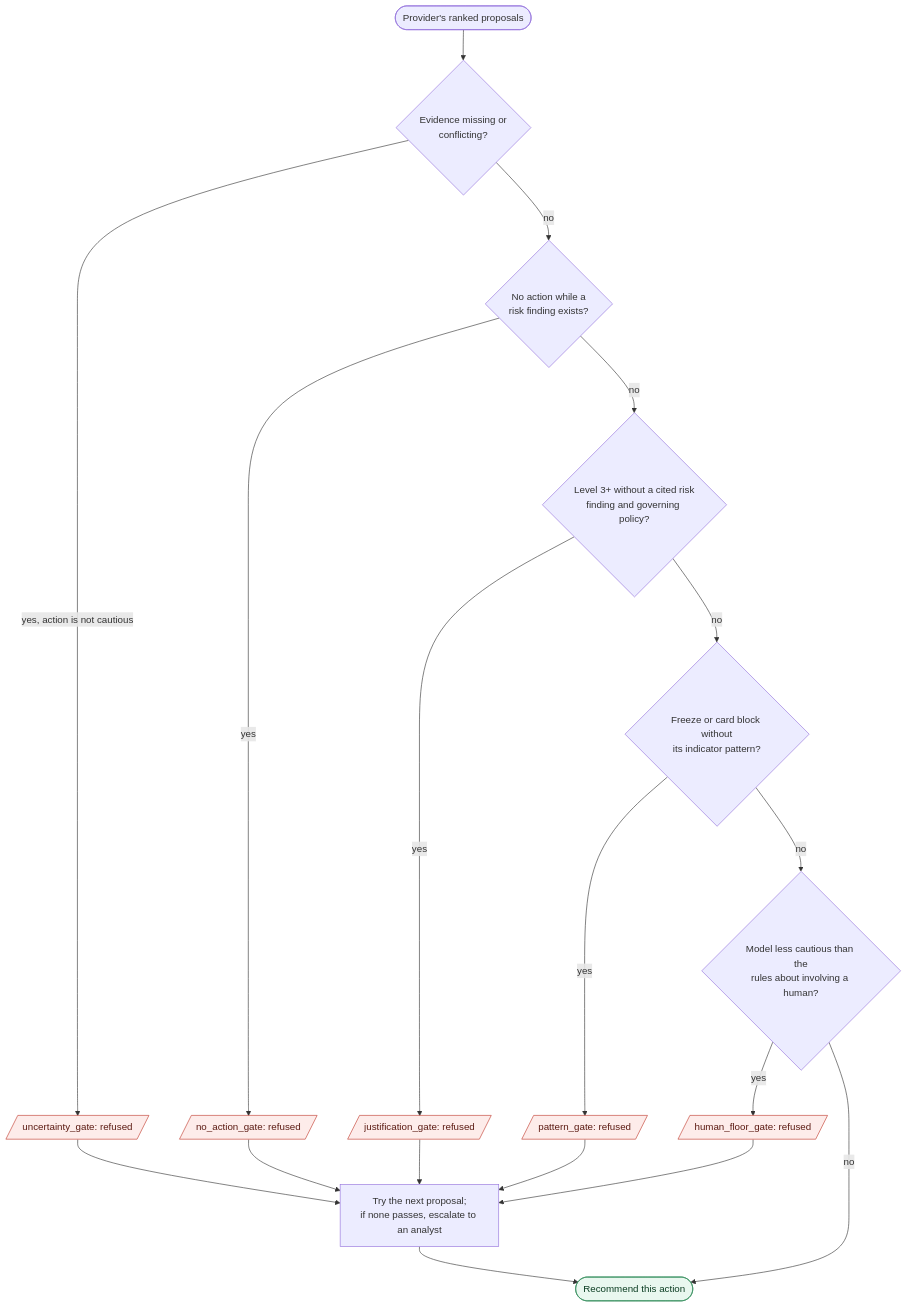
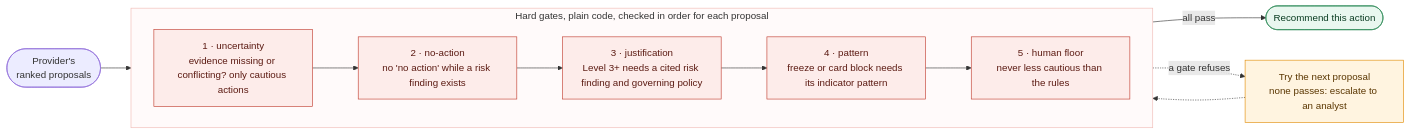
One commit to mk-2007/Agentic-Banking changed the fifth of 6 diagrams in README.md. Above: the diagram before and after it, drawn with Mermaid. The commit also changed other lines of this file, not shown here.

Commit message:
docs(readme): clearer architecture, state and gate diagrams; decision providers section (#46)

````diff
--- a/README.md
+++ b/README.md
@@ -256,25 +276,22 @@
 ```mermaid
-flowchart TB
-    P([Provider's ranked proposals]) --> U{Evidence missing or<br/>conflicting?}
-    U -->|yes, action is not cautious| X1[/uncertainty_gate: refused/]
-    U -->|no| N{No action while a<br/>risk finding exists?}
-    N -->|yes| X2[/no_action_gate: refused/]
-    N -->|no| J{Level 3+ without a cited risk<br/>finding and governing policy?}
-    J -->|yes| X3[/justification_gate: refused/]
-    J -->|no| T{Freeze or card block without<br/>its indicator pattern?}
-    T -->|yes| X4[/pattern_gate: refused/]
-    T -->|no| H{Model less cautious than the<br/>rules about involving a human?}
-    H -->|yes| X5[/human_floor_gate: refused/]
-    H -->|no| OK([Recommend this action])
-    X1 --> NEXT[Try the next proposal;<br/>if none passes, escalate to an analyst]
-    X2 --> NEXT
-    X3 --> NEXT
-    X4 --> NEXT
-    X5 --> NEXT
-    NEXT --> OK
+flowchart LR
+    P(["Provider's<br/>ranked proposals"]) --> G1
+    subgraph GATES["Hard gates, plain code, checked in order for each proposal"]
+        direction LR
+        G1["1 · uncertainty<br/>evidence missing or conflicting? only cautious actions"] --> G2["2 · no-action<br/>no 'no action' while a risk finding exists"]
+        G2 --> G3["3 · justification<br/>Level 3+ needs a cited risk finding and governing policy"]
+        G3 --> G4["4 · pattern<br/>freeze or card block needs its indicator pattern"]
+        G4 --> G5["5 · human floor<br/>never less cautious than the rules"]
+    end
+    G5 -->|"all pass"| OK(["Recommend this action"])
+    GATES -.->|"a gate refuses"| NEXT["Try the next proposal<br/>none passes: escalate to an analyst"]
+    NEXT -.-> G1
 
     classDef gate fill:#fdecea,stroke:#c0392b,color:#5b1a12
     classDef ok fill:#e9f7ef,stroke:#2e8b57,color:#0b3d22
-    class X1,X2,X3,X4,X5 gate
+    classDef step fill:#fff4e0,stroke:#e08a00,color:#5a3600
+    class G1,G2,G3,G4,G5 gate
     class OK ok
+    class NEXT step
+    style GATES fill:#fffafa,stroke:#f0b9b3
 ```
````
